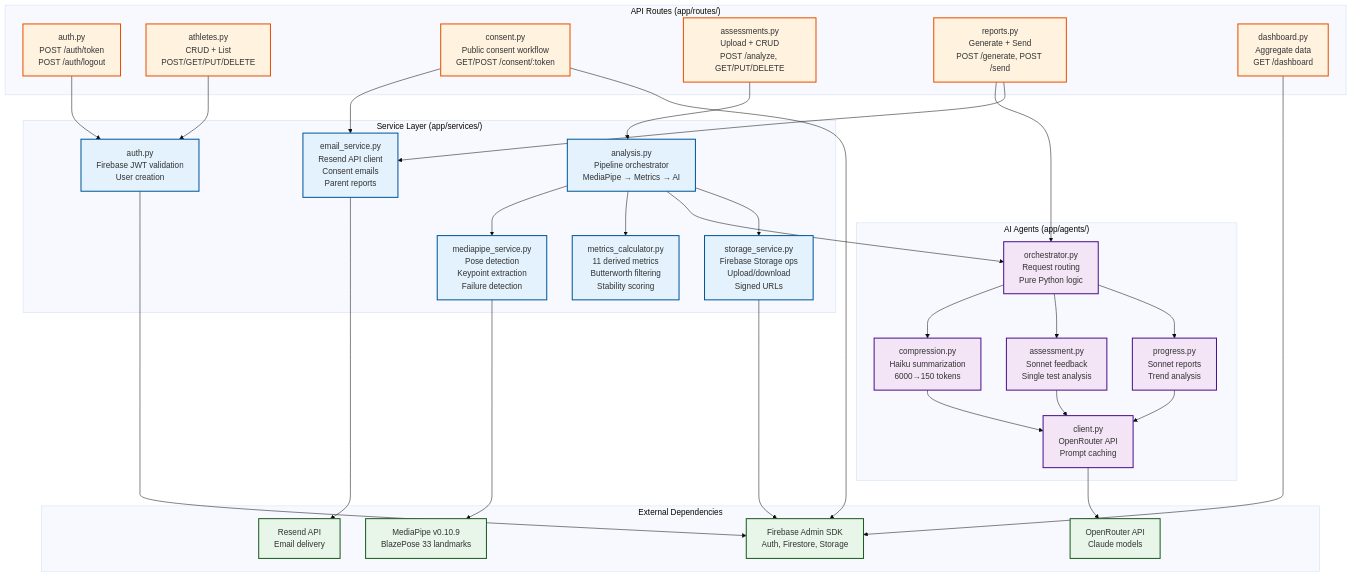
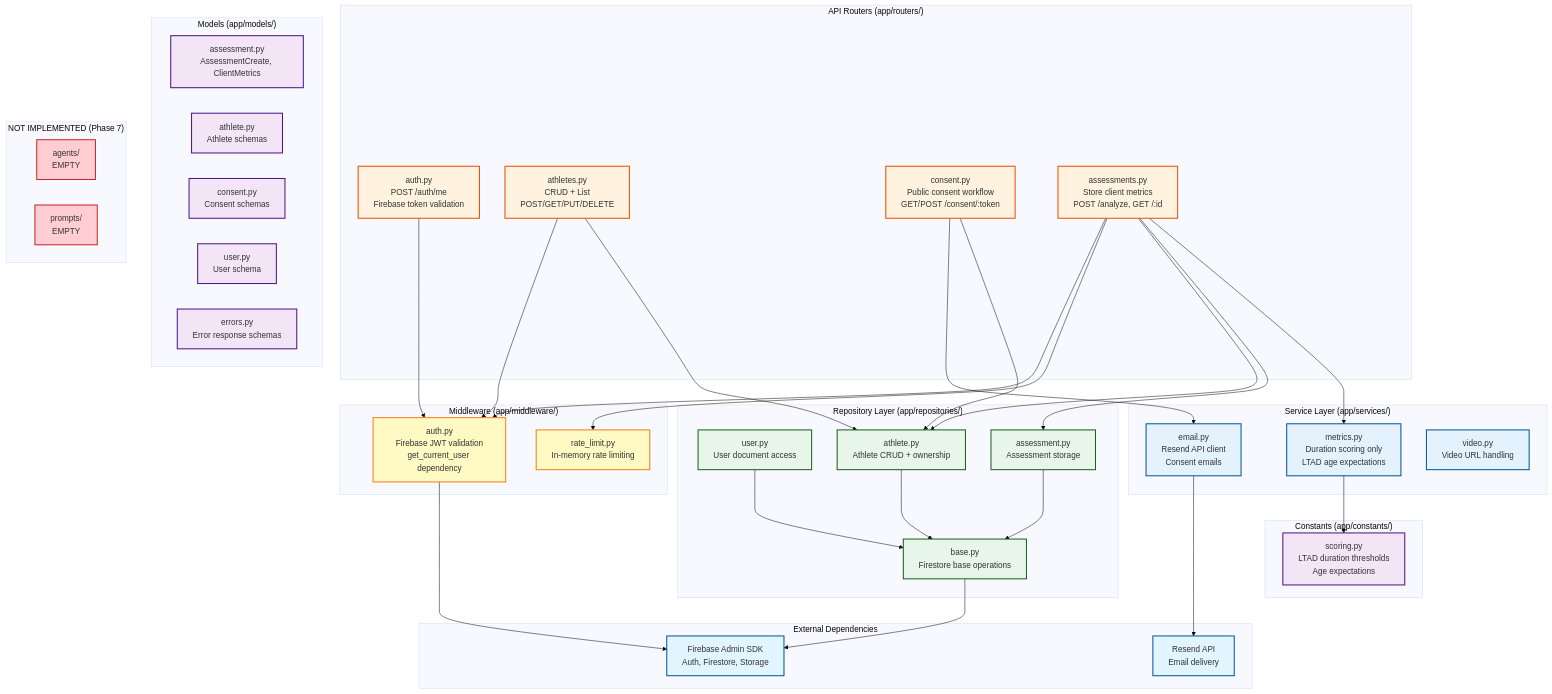
The fifth of 6 diagrams in ARCHITECTURE.md (finessevanes/ltad-coach), drawn with Mermaid (base theme) before and after one commit. The commit also changed other lines of this file and 14 other files, not shown here.

Commit message:
feat: update architecture and implementation details for client-side metrics

````diff
--- a/ARCHITECTURE.md
+++ b/ARCHITECTURE.md
@@ -372,75 +363,86 @@
 ```mermaid
 graph TB
-    subgraph "API Routes (app/routes/)"
-        AuthRoutes[auth.py<br/>POST /auth/token<br/>POST /auth/logout]
+    subgraph "API Routers (app/routers/)"
+        AuthRoutes[auth.py<br/>POST /auth/me<br/>Firebase token validation]
         AthleteRoutes[athletes.py<br/>CRUD + List<br/>POST/GET/PUT/DELETE]
         ConsentRoutes[consent.py<br/>Public consent workflow<br/>GET/POST /consent/:token]
-        AssessRoutes[assessments.py<br/>Upload + CRUD<br/>POST /analyze, GET/PUT/DELETE]
-        ReportRoutes[reports.py<br/>Generate + Send<br/>POST /generate, POST /send]
-        DashRoutes[dashboard.py<br/>Aggregate data<br/>GET /dashboard]
+        AssessRoutes[assessments.py<br/>Store client metrics<br/>POST /analyze, GET /:id]
+    end
+
+    subgraph "Repository Layer (app/repositories/)"
+        BaseRepo[base.py<br/>Firestore base operations]
+        UserRepo[user.py<br/>User document access]
+        AthleteRepo[athlete.py<br/>Athlete CRUD + ownership]
+        AssessmentRepo[assessment.py<br/>Assessment storage]
     end
 
     subgraph "Service Layer (app/services/)"
-        AuthSvc[auth.py<br/>Firebase JWT validation<br/>User creation]
-        MediaPipeSvc[mediapipe_service.py<br/>Pose detection<br/>Keypoint extraction<br/>Failure detection]
-        MetricsSvc[metrics_calculator.py<br/>11 derived metrics<br/>Butterworth filtering<br/>Stability scoring]
-        EmailSvc[email_service.py<br/>Resend API client<br/>Consent emails<br/>Parent reports]
-        StorageSvc[storage_service.py<br/>Firebase Storage ops<br/>Upload/download<br/>Signed URLs]
-        AnalysisSvc[analysis.py<br/>Pipeline orchestrator<br/>MediaPipe → Metrics → AI]
+        MetricsSvc[metrics.py<br/>Duration scoring only<br/>LTAD age expectations]
+        EmailSvc[email.py<br/>Resend API client<br/>Consent emails]
+        VideoSvc[video.py<br/>Video URL handling]
     end
 
-    subgraph "AI Agents (app/agents/)"
-        Orchestrator[orchestrator.py<br/>Request routing<br/>Pure Python logic]
-        CompressionAgent[compression.py<br/>Haiku summarization<br/>6000→150 tokens]
-        AssessmentAgent[assessment.py<br/>Sonnet feedback<br/>Single test analysis]
-        ProgressAgent[progress.py<br/>Sonnet reports<br/>Trend analysis]
-        AgentClient[client.py<br/>OpenRouter API<br/>Prompt caching]
+    subgraph "Middleware (app/middleware/)"
+        AuthMiddleware[auth.py<br/>Firebase JWT validation<br/>get_current_user dependency]
+        RateLimitMiddleware[rate_limit.py<br/>In-memory rate limiting]
+    end
+
+    subgraph "Models (app/models/)"
+        AssessmentModel[assessment.py<br/>AssessmentCreate, ClientMetrics]
+        AthleteModel[athlete.py<br/>Athlete schemas]
+        ConsentModel[consent.py<br/>Consent schemas]
+        UserModel[user.py<br/>User schema]
+        ErrorModel[errors.py<br/>Error response schemas]
+    end
+
+    subgraph "Constants (app/constants/)"
+        ScoringConst[scoring.py<br/>LTAD duration thresholds<br/>Age expectations]
     end
 
     subgraph "External Dependencies"
         Firebase[Firebase Admin SDK<br/>Auth, Firestore, Storage]
-        OpenRouter[OpenRouter API<br/>Claude models]
         ResendAPI[Resend API<br/>Email delivery]
-        MediaPipe[MediaPipe v0.10.9<br/>BlazePose 33 landmarks]
     end
 
-    AuthRoutes --> AuthSvc
-    AthleteRoutes --> AuthSvc
+    subgraph "NOT IMPLEMENTED (Phase 7)"
+        Agents[agents/<br/>EMPTY]
+        Prompts[prompts/<br/>EMPTY]
+    end
+
+    AuthRoutes --> AuthMiddleware
+    AthleteRoutes --> AuthMiddleware
+    AthleteRoutes --> AthleteRepo
     ConsentRoutes --> EmailSvc
-    ConsentRoutes --> Firebase
+    ConsentRoutes --> AthleteRepo
 
-    AssessRoutes --> AnalysisSvc
-    AnalysisSvc --> MediaPipeSvc
-    AnalysisSvc --> MetricsSvc
-    AnalysisSvc --> Orchestrator
-    AnalysisSvc --> StorageSvc
+    AssessRoutes --> AuthMiddleware
+    AssessRoutes --> RateLimitMiddleware
+    AssessRoutes --> AthleteRepo
+    AssessRoutes --> AssessmentRepo
+    AssessRoutes --> MetricsSvc
 
-    MediaPipeSvc --> MediaPipe
+    AthleteRepo --> BaseRepo
+    AssessmentRepo --> BaseRepo
+    UserRepo --> BaseRepo
+    BaseRepo --> Firebase
 
-    ReportRoutes --> Orchestrator
-    ReportRoutes --> EmailSvc
-    DashRoutes --> Firebase
-
-    Orchestrator --> CompressionAgent
-    Orchestrator --> AssessmentAgent
-    Orchestrator --> ProgressAgent
-
-    CompressionAgent --> AgentClient
-    AssessmentAgent --> AgentClient
-    ProgressAgent --> AgentClient
-    AgentClient --> OpenRouter
-
-    AuthSvc --> Firebase
+    MetricsSvc --> ScoringConst
     EmailSvc --> ResendAPI
-    StorageSvc --> Firebase
+    AuthMiddleware --> Firebase
 
     classDef routeClass fill:#fff3e0,stroke:#e65100,stroke-width:2px
+    classDef repoClass fill:#e8f5e9,stroke:#1b5e20,stroke-width:2px
     classDef serviceClass fill:#e3f2fd,stroke:#01579b,stroke-width:2px
-    classDef agentClass fill:#f3e5f5,stroke:#4a148c,stroke-width:2px
-    classDef externalClass fill:#e8f5e9,stroke:#1b5e20,stroke-width:2px
+    classDef middlewareClass fill:#fff9c4,stroke:#f57f17,stroke-width:2px
+    classDef modelClass fill:#f3e5f5,stroke:#4a148c,stroke-width:2px
+    classDef externalClass fill:#e1f5ff,stroke:#01579b,stroke-width:2px
+    classDef notImplemented fill:#ffcdd2,stroke:#c62828,stroke-width:2px
 
-    class AuthRoutes,AthleteRoutes,ConsentRoutes,AssessRoutes,ReportRoutes,DashRoutes routeClass
-    class AuthSvc,MediaPipeSvc,MetricsSvc,EmailSvc,StorageSvc,AnalysisSvc serviceClass
-    class Orchestrator,CompressionAgent,AssessmentAgent,ProgressAgent,AgentClient agentClass
-    class Firebase,OpenRouter,ResendAPI,MediaPipe externalClass
+    class AuthRoutes,AthleteRoutes,ConsentRoutes,AssessRoutes routeClass
+    class BaseRepo,UserRepo,AthleteRepo,AssessmentRepo repoClass
+    class MetricsSvc,EmailSvc,VideoSvc serviceClass
+    class AuthMiddleware,RateLimitMiddleware middlewareClass
+    class AssessmentModel,AthleteModel,ConsentModel,UserModel,ErrorModel,ScoringConst modelClass
+    class Firebase,ResendAPI externalClass
+    class Agents,Prompts notImplemented
 ```
````
